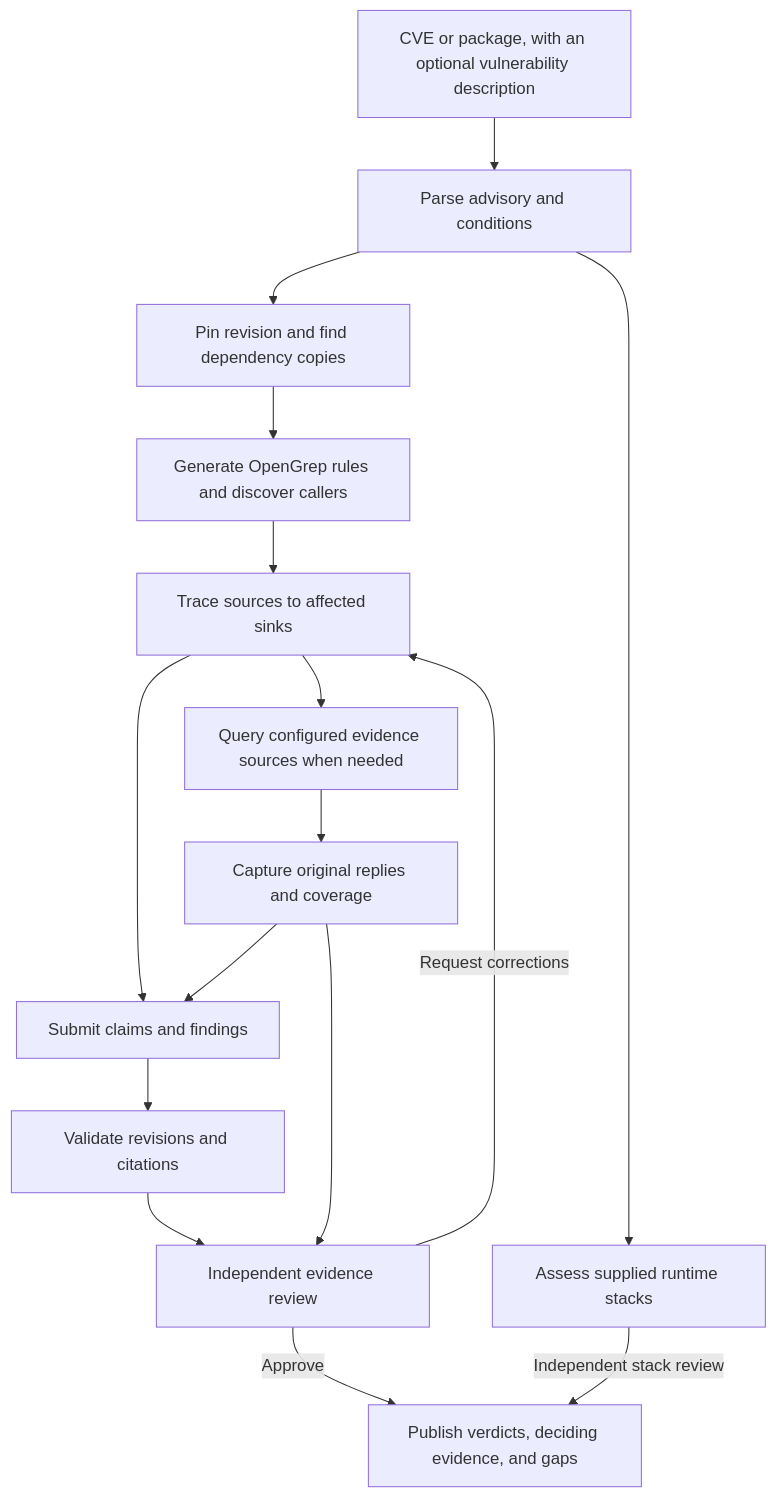
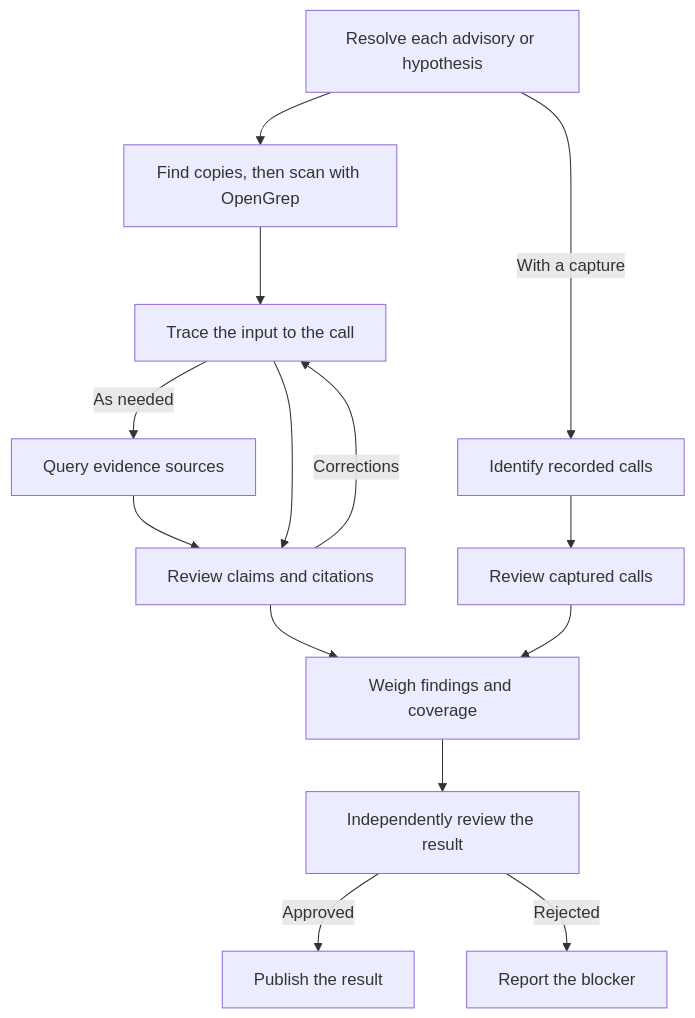
The second of 2 diagrams in sdk/typescript/docs/dependency-exploitability.md (openai/codex-security), drawn with Mermaid before and after one commit. The commit also changed other lines of this file, not shown here.

Commit message:
docs(exploitability): explain unified vulnerability results and hosted agents

````diff
--- a/sdk/typescript/docs/dependency-exploitability.md
+++ b/sdk/typescript/docs/dependency-exploitability.md
@@ -347,18 +397,16 @@
 ```mermaid
 flowchart TD
-    Input["CVE or package, with an optional vulnerability description"] --> Advisory["Parse advisory and conditions"]
-    Advisory --> Repo["Pin revision and find dependency copies"]
-    Repo --> Grep["Generate OpenGrep rules and discover callers"]
-    Grep --> Investigate["Trace sources to affected sinks"]
-    Advisory --> Stack["Assess supplied runtime stacks"]
-    Investigate --> External["Query configured evidence sources when needed"]
-    External --> Evidence["Capture original replies and coverage"]
-    Investigate --> Claims["Submit claims and findings"]
-    Evidence --> Claims
-    Claims --> Host["Validate revisions and citations"]
-    Host --> Review["Independent evidence review"]
-    Evidence --> Review
-    Review -->|Request corrections| Investigate
-    Review -->|Approve| Report["Publish verdicts, deciding evidence, and gaps"]
-    Stack -->|Independent stack review| Report
+    Advisory["Resolve each advisory or hypothesis"] --> Repo["Find copies, then scan with OpenGrep"]
+    Advisory -->|With a capture| Stacks["Identify recorded calls"]
+    Repo --> Investigate["Trace the input to the call"]
+    Investigate -->|As needed| External["Query evidence sources"]
+    External --> Claims["Review claims and citations"]
+    Investigate --> Claims
+    Claims -->|Corrections| Investigate
+    Stacks --> StackReview["Review captured calls"]
+    Claims --> Combine["Weigh findings and coverage"]
+    StackReview --> Combine
+    Combine --> Review["Independently review the result"]
+    Review -->|Approved| Publish["Publish the result"]
+    Review -->|Rejected| Block["Report the blocker"]
 ```
````
